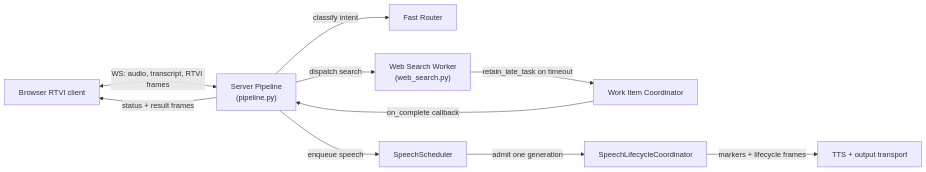
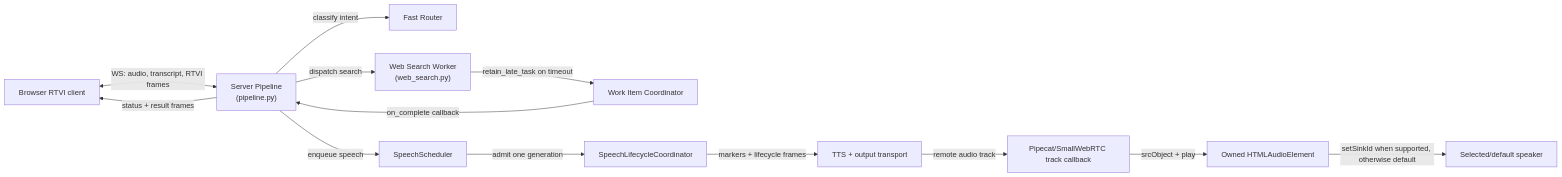
Before and after one commit to vr000m/pipecat-subagents-lab: the first of 2 diagrams in docs/dev_plans/20260728-feature-early-ack-background-delivery-v0.1.3.md, drawn with Mermaid. The commit also changed other lines of this file, not shown here.

````diff
--- a/docs/dev_plans/20260728-feature-early-ack-background-delivery-v0.1.3.md
+++ b/docs/dev_plans/20260728-feature-early-ack-background-delivery-v0.1.3.md
@@ -37,12 +38,15 @@
 ```mermaid
 graph LR
     Browser["Browser RTVI client"] <-->|WS: audio, transcript, RTVI frames| Pipeline["Server Pipeline\n(pipeline.py)"]
     Pipeline -->|classify intent| Router["Fast Router"]
     Pipeline -->|dispatch search| Worker["Web Search Worker\n(web_search.py)"]
     Worker -->|retain_late_task on timeout| Coordinator["Work Item Coordinator"]
     Coordinator -->|on_complete callback| Pipeline
     Pipeline -->|enqueue speech| Speech["SpeechScheduler"]
     Speech -->|admit one generation| Lifecycle["SpeechLifecycleCoordinator"]
     Lifecycle -->|markers + lifecycle frames| Transport["TTS + output transport"]
+    Transport -->|remote audio track| Track["Pipecat/SmallWebRTC track callback"]
+    Track -->|srcObject + play| Audio["Owned HTMLAudioElement"]
+    Audio -->|setSinkId when supported, otherwise default| Speaker["Selected/default speaker"]
     Pipeline -->|status + result frames| Browser
 ```
````
